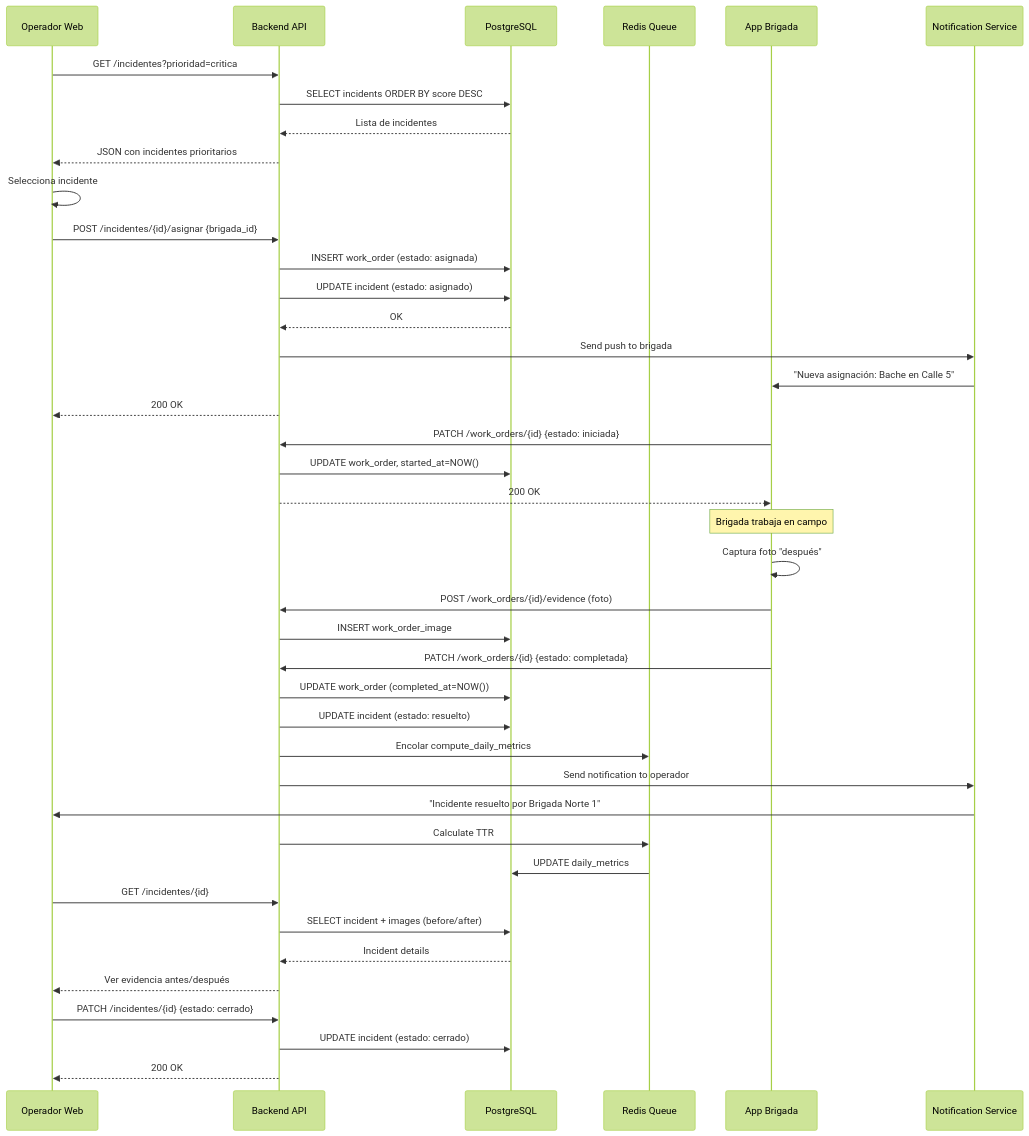
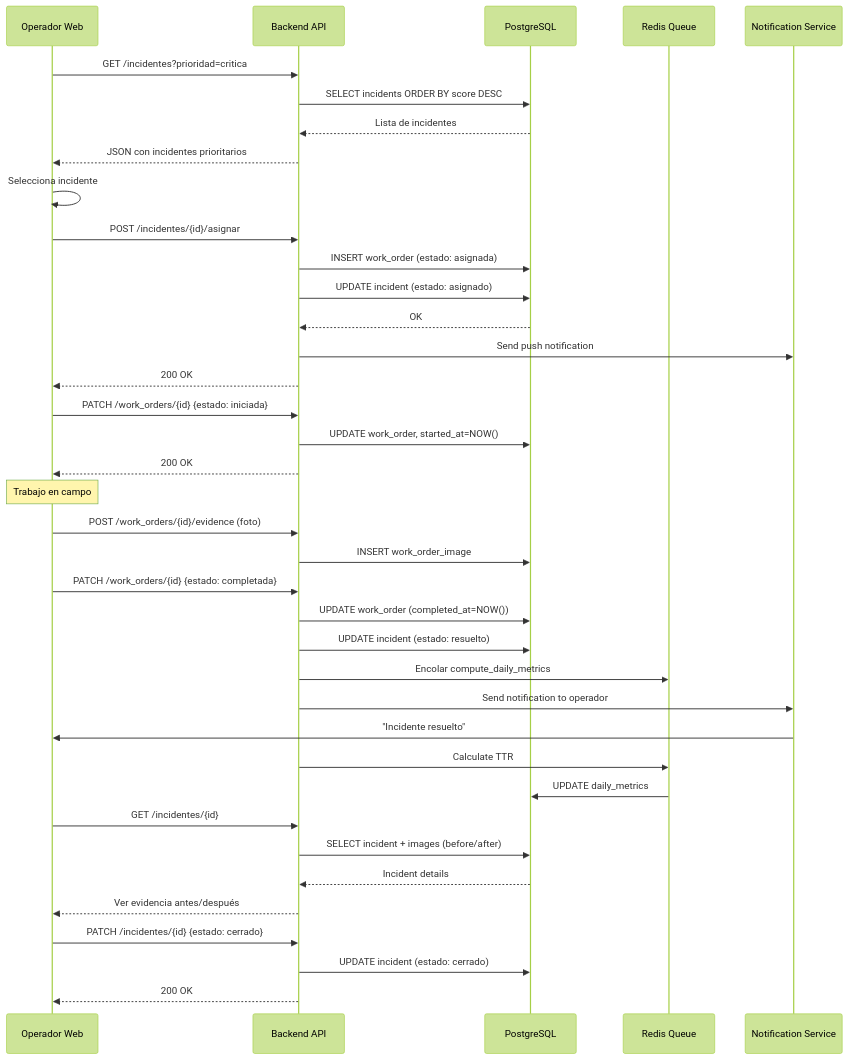
The third of 4 diagrams in docs/arquitectura/arquitectura_logica.md (Gameoversv/sirccd-monorepo), drawn with Mermaid (forest theme) before and after one commit. The commit also changed other lines of this file and 117 other files, not shown here.

````diff
--- a/docs/arquitectura/arquitectura_logica.md
+++ b/docs/arquitectura/arquitectura_logica.md
@@ -469,53 +458,50 @@
 ```mermaid
 sequenceDiagram
     participant Op as Operador Web
     participant API as Backend API
     participant DB as PostgreSQL
     participant Queue as Redis Queue
-    participant Brigada as App Brigada
     participant Notif as Notification Service
 
     Op->>API: GET /incidentes?prioridad=critica
     API->>DB: SELECT incidents ORDER BY score DESC
     DB-->>API: Lista de incidentes
     API-->>Op: JSON con incidentes prioritarios
-    
+
     Op->>Op: Selecciona incidente
-    Op->>API: POST /incidentes/{id}/asignar {brigada_id}
+    Op->>API: POST /incidentes/{id}/asignar
     API->>DB: INSERT work_order (estado: asignada)
     API->>DB: UPDATE incident (estado: asignado)
     DB-->>API: OK
-    
-    API->>Notif: Send push to brigada
-    Notif->>Brigada: "Nueva asignación: Bache en Calle 5"
+
+    API->>Notif: Send push notification
     API-->>Op: 200 OK
-    
-    Brigada->>API: PATCH /work_orders/{id} {estado: iniciada}
+
+    Op->>API: PATCH /work_orders/{id} {estado: iniciada}
     API->>DB: UPDATE work_order, started_at=NOW()
-    API-->>Brigada: 200 OK
-    
-    Note over Brigada: Brigada trabaja en campo
-    
-    Brigada->>Brigada: Captura foto "después"
-    Brigada->>API: POST /work_orders/{id}/evidence (foto)
+    API-->>Op: 200 OK
+
+    Note over Op: Trabajo en campo
+
+    Op->>API: POST /work_orders/{id}/evidence (foto)
     API->>DB: INSERT work_order_image
-    Brigada->>API: PATCH /work_orders/{id} {estado: completada}
+    Op->>API: PATCH /work_orders/{id} {estado: completada}
     API->>DB: UPDATE work_order (completed_at=NOW())
     API->>DB: UPDATE incident (estado: resuelto)
-    
+
     API->>Queue: Encolar compute_daily_metrics
     API->>Notif: Send notification to operador
-    Notif->>Op: "Incidente resuelto por Brigada Norte 1"
-    
+    Notif->>Op: "Incidente resuelto"
+
     API->>Queue: Calculate TTR
     Queue->>DB: UPDATE daily_metrics
-    
+
     Op->>API: GET /incidentes/{id}
     API->>DB: SELECT incident + images (before/after)
     DB-->>API: Incident details
     API-->>Op: Ver evidencia antes/después
-    
+
     Op->>API: PATCH /incidentes/{id} {estado: cerrado}
     API->>DB: UPDATE incident (estado: cerrado)
     API-->>Op: 200 OK
 ```
````
